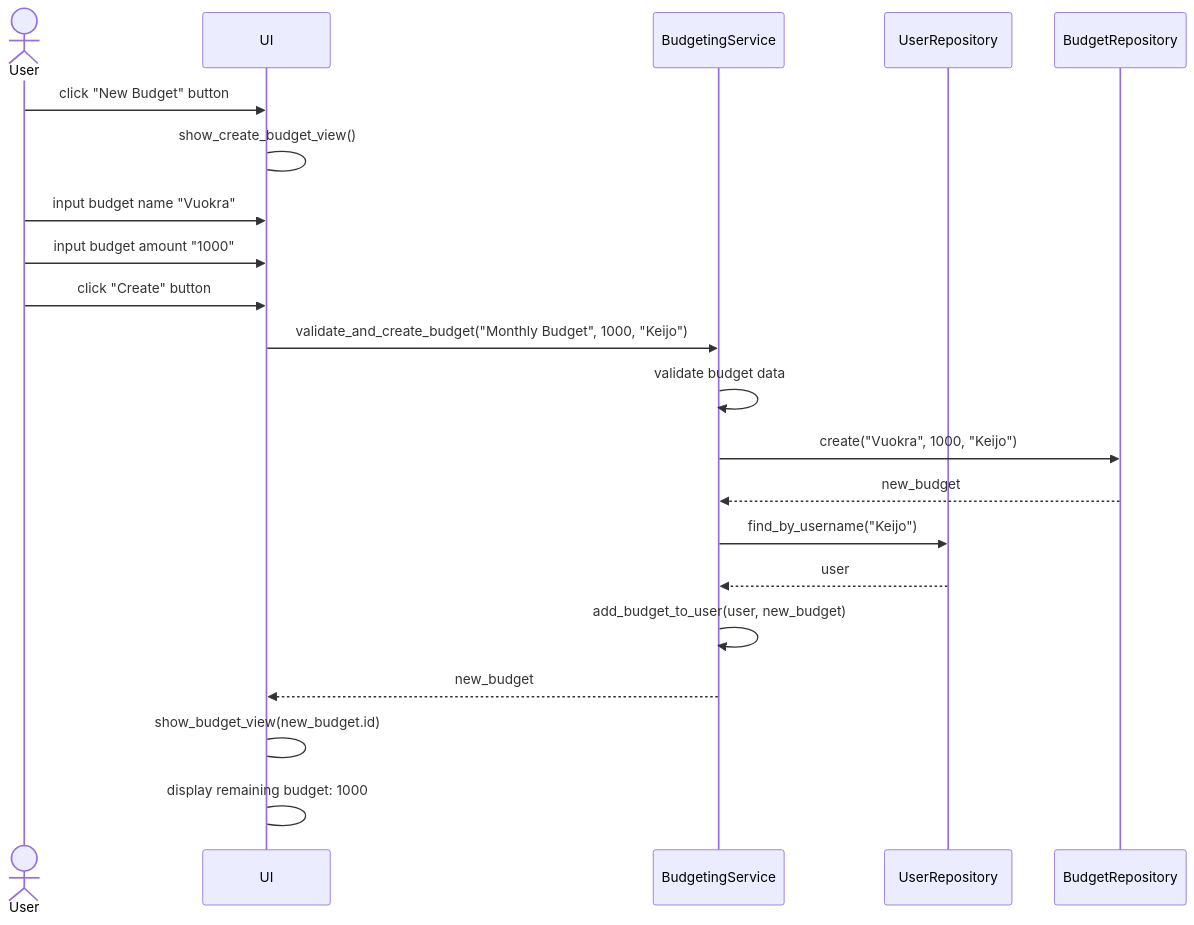
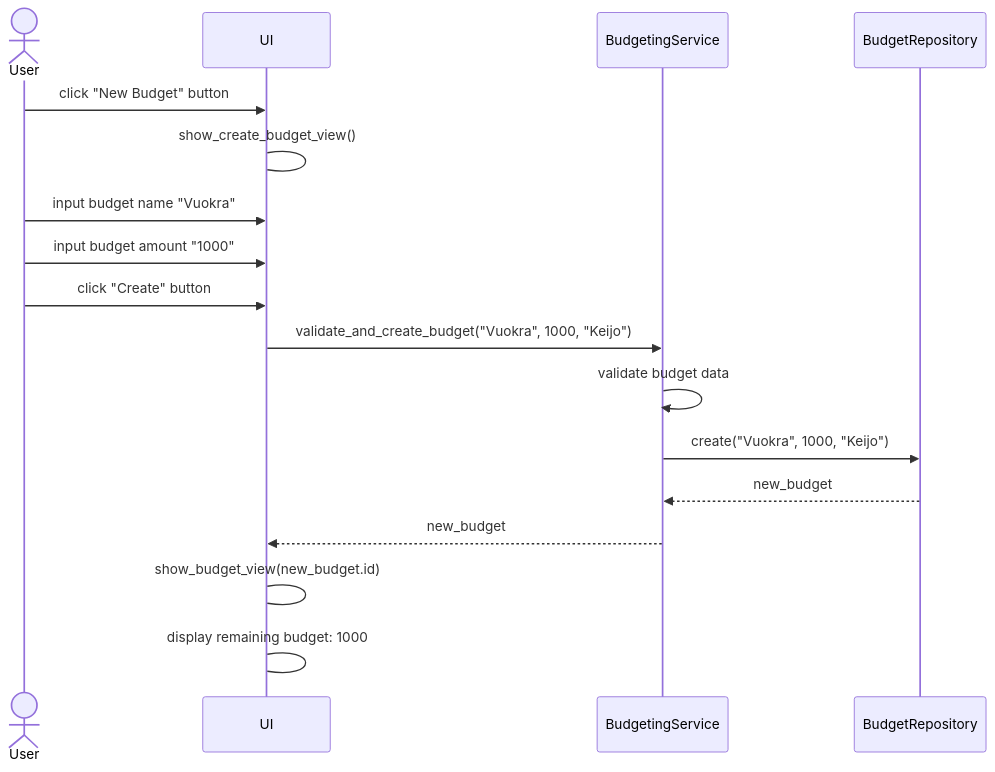
Before and after one commit to NuuNiem/ot-harjoitustyo: the second of 2 diagrams in budgeting-app/dokumentaatio/arkkitehtuuri.md, drawn with Mermaid. The commit also changed other lines of this file, not shown here.

````diff
--- a/budgeting-app/dokumentaatio/arkkitehtuuri.md
+++ b/budgeting-app/dokumentaatio/arkkitehtuuri.md
@@ -65,24 +80,20 @@
 ```mermaid
 sequenceDiagram
   actor User
   participant UI
   participant BudgetingService
-  participant UserRepository
   participant BudgetRepository
-  
+
   User->>UI: click "New Budget" button
   UI->UI: show_create_budget_view()
   User->>UI: input budget name "Vuokra"
   User->>UI: input budget amount "1000"
   User->>UI: click "Create" button
-  UI->>BudgetingService: validate_and_create_budget("Monthly Budget", 1000, "Keijo")
+  UI->>BudgetingService: validate_and_create_budget("Vuokra", 1000, "Keijo")
   BudgetingService->>BudgetingService: validate budget data
   BudgetingService->>BudgetRepository: create("Vuokra", 1000, "Keijo")
   BudgetRepository-->>BudgetingService: new_budget
-  BudgetingService->>UserRepository: find_by_username("Keijo")
-  UserRepository-->>BudgetingService: user
-  BudgetingService->>BudgetingService: add_budget_to_user(user, new_budget)
   BudgetingService-->>UI: new_budget
   UI->UI: show_budget_view(new_budget.id)
   UI->UI: display remaining budget: 1000
 ```
````
